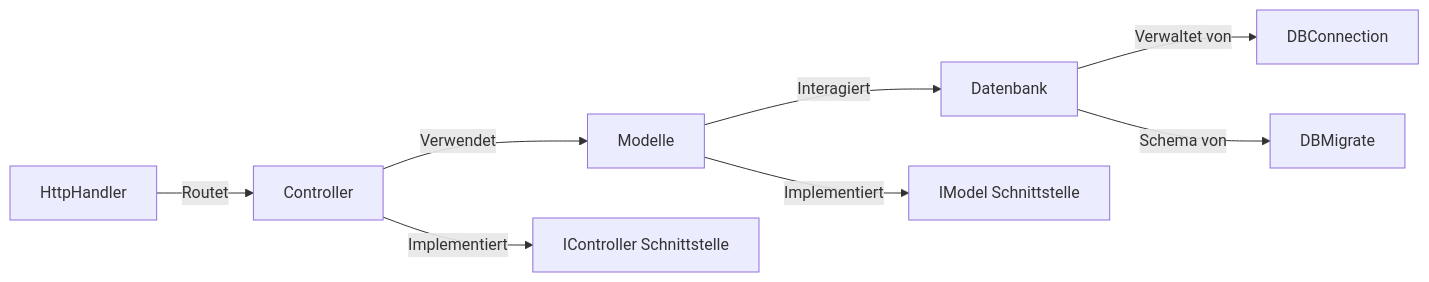
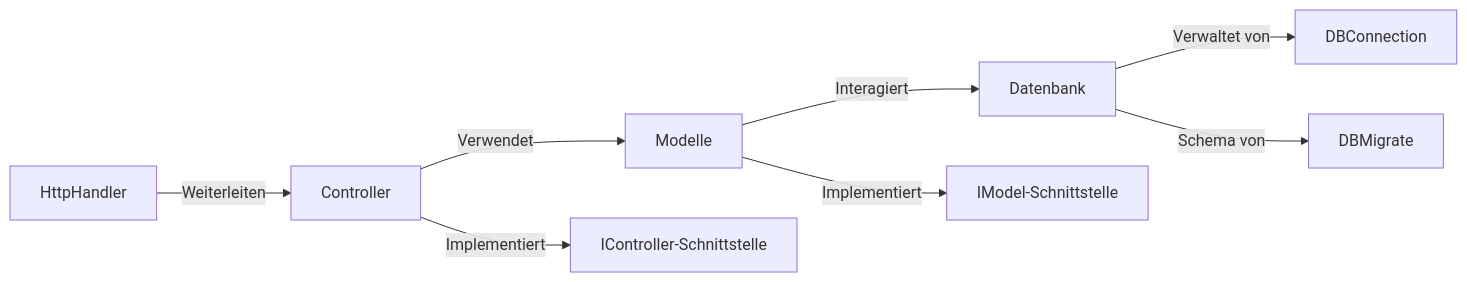
The fourth of 4 diagrams in DOCUMENTATION.de.md (secure73/MicrosPy), drawn with Mermaid before and after one commit. The commit also changed other lines of this file and 2 other files, not shown here.

````diff
--- a/DOCUMENTATION.de.md
+++ b/DOCUMENTATION.de.md
@@ -432,10 +587,10 @@
 ```mermaid
 graph LR
-    A[HttpHandler] -->|Routet| B[Controller]
+    A[HttpHandler] -->|Weiterleiten| B[Controller]
     B -->|Verwendet| C[Modelle]
     C -->|Interagiert| D[Datenbank]
-    B -->|Implementiert| E[IController Schnittstelle]
-    C -->|Implementiert| F[IModel Schnittstelle]
+    B -->|Implementiert| E[IController-Schnittstelle]
+    C -->|Implementiert| F[IModel-Schnittstelle]
     D -->|Verwaltet von| G[DBConnection]
     D -->|Schema von| H[DBMigrate]
 ```
````
